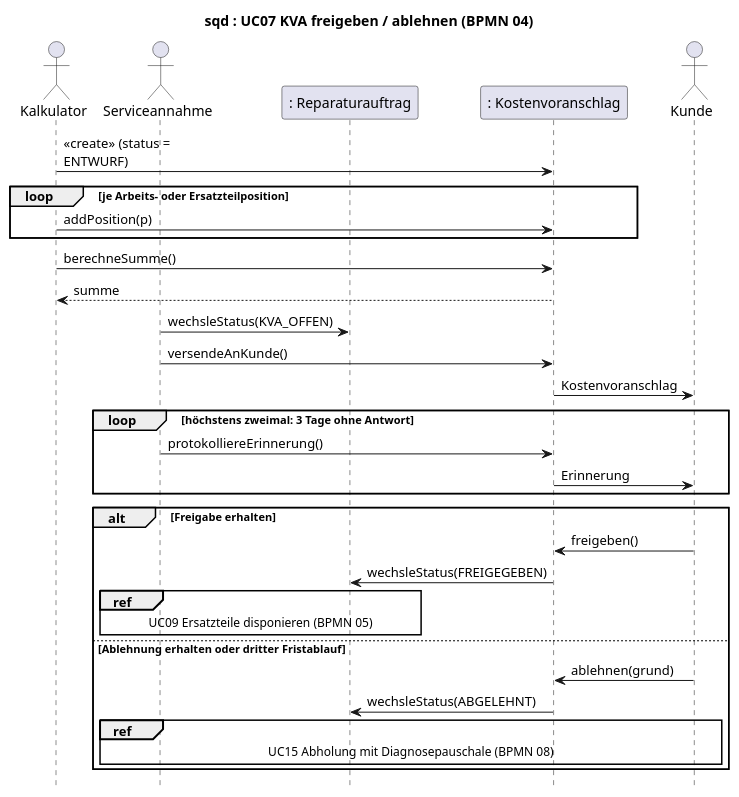
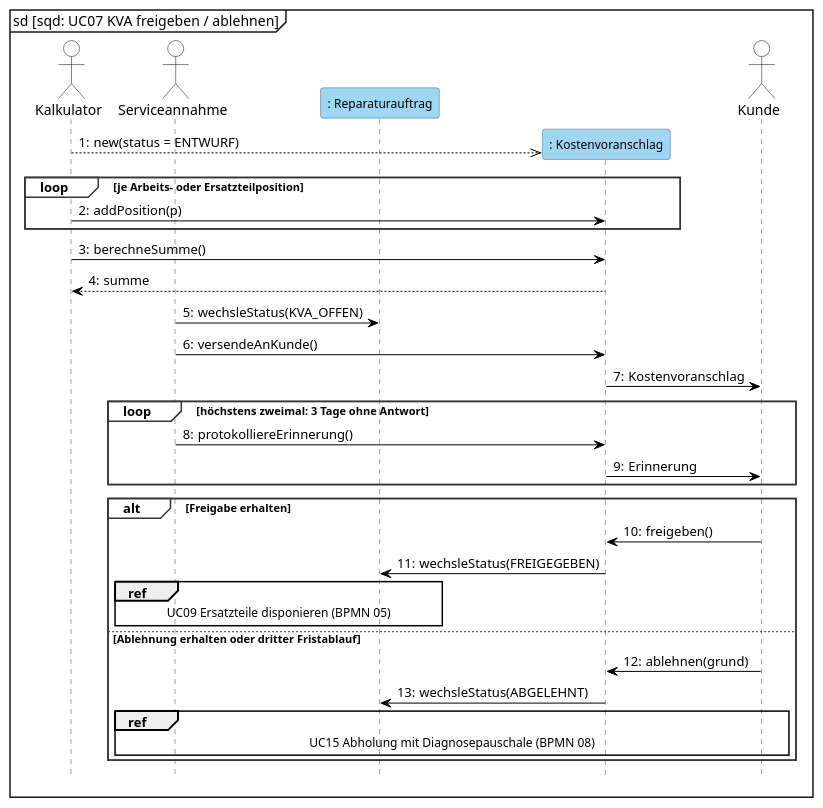
Before and after one commit to jakobschwan123-cmd/casestudy-semester-3: the diagram in 2_uml/entwurf-plantuml/sequenz-02-kva-freigabe.puml, drawn with PlantUML. The commit also changed 13 other files, not shown here.

First line of the commit message:
[T05 2026-10-15] style: sequence diagram templates in Visual Paradigm notation (E-28)

```diff
--- a/2_uml/entwurf-plantuml/sequenz-02-kva-freigabe.puml
+++ b/2_uml/entwurf-plantuml/sequenz-02-kva-freigabe.puml
@@ -1,37 +1,54 @@
 @startuml
 ' BPMN: p04-kostenvoranschlag.bpmn. Kernablauf: KVA erstellen (UC06), versenden, erinnern, Freigabe oder Ablehnung.
-title sqd : UC07 KVA freigeben / ablehnen (BPMN 04)
+' Darstellung wie in Visual Paradigm: Objekterzeugung als gestrichelter Pfeil auf den Kopfkasten (Kasten sitzt auf Nachrichtenhöhe, VL 6 Folie 5-70), kein <<create>>-Text.
+mainframe sd [sqd: UC07 KVA freigeben / ablehnen]
 skinparam defaultFontName Arial
 skinparam sequenceMessageAlign left
 skinparam maxMessageSize 170
+skinparam shadowing false
+skinparam sequence {
+  ParticipantBackgroundColor #9FD6F2
+  ParticipantBorderColor #2E6E99
+  ParticipantFontSize 12
+  ActorBackgroundColor white
+  ActorBorderColor black
+  LifeLineBorderColor #444444
+  LifeLineBackgroundColor #9FD6F2
+  GroupBorderColor #333333
+  GroupBackgroundColor white
+  GroupHeaderFontStyle bold
+  ArrowColor black
+}
 hide footbox
+autonumber "0:"
 
 actor Kalkulator
 actor Serviceannahme as SM
 participant ": Reparaturauftrag" as RA
 participant ": Kostenvoranschlag" as KVA
 actor Kunde
 
-Kalkulator -> KVA : <<create>> (status = ENTWURF)
+create KVA
+Kalkulator -->> KVA : new(status = ENTWURF)
 loop je Arbeits- oder Ersatzteilposition
     Kalkulator -> KVA : addPosition(p)
 end
 Kalkulator -> KVA : berechneSumme()
 KVA --> Kalkulator : summe
 SM -> RA : wechsleStatus(KVA_OFFEN)
 SM -> KVA : versendeAnKunde()
 KVA -> Kunde : Kostenvoranschlag
 loop höchstens zweimal: 3 Tage ohne Antwort
     SM -> KVA : protokolliereErinnerung()
     KVA -> Kunde : Erinnerung
 end
 alt Freigabe erhalten
     Kunde -> KVA : freigeben()
     KVA -> RA : wechsleStatus(FREIGEGEBEN)
     ref over SM, RA : UC09 Ersatzteile disponieren (BPMN 05)
 else Ablehnung erhalten oder dritter Fristablauf
     Kunde -> KVA : ablehnen(grund)
     KVA -> RA : wechsleStatus(ABGELEHNT)
     ref over SM, RA, Kunde : UC15 Abholung mit Diagnosepauschale (BPMN 08)
 end
 @enduml
```
